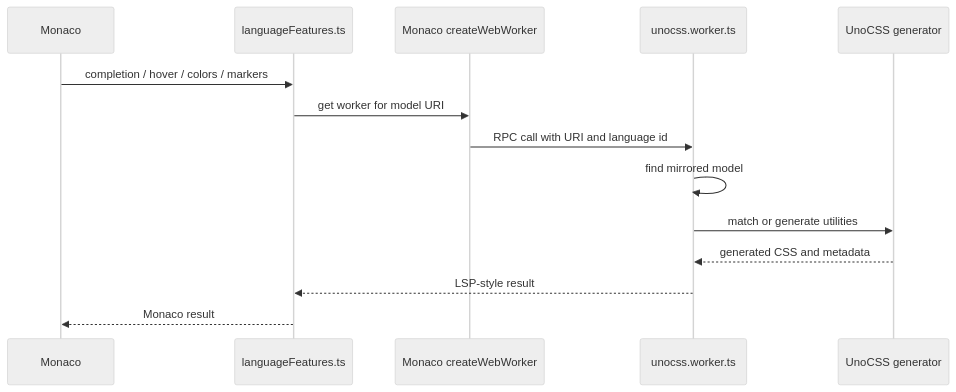
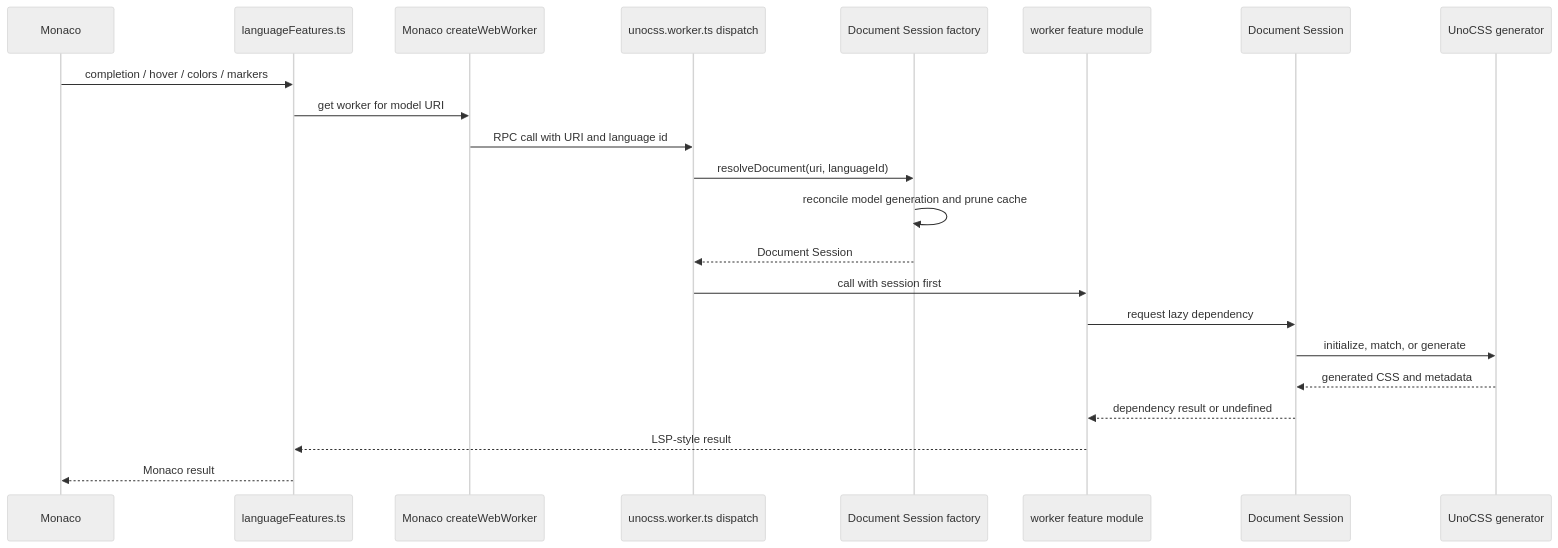
Before and after one commit to ilyaliao/monaco-unocss: the second of 2 diagrams in AGENTS.md, drawn with Mermaid (neutral theme). The commit also changed other lines of this file and 10 other files, not shown here.

Commit message:
refactor: centralize document session lifecycle

````diff
--- a/AGENTS.md
+++ b/AGENTS.md
@@ -83,17 +87,25 @@
 ```mermaid
 sequenceDiagram
   participant Monaco
   participant Adapter as languageFeatures.ts
   participant MonacoWorker as Monaco createWebWorker
-  participant Worker as unocss.worker.ts
+  participant Worker as unocss.worker.ts dispatch
+  participant Factory as Document Session factory
+  participant Feature as worker feature module
+  participant Session as Document Session
   participant Uno as UnoCSS generator
 
   Monaco->>Adapter: completion / hover / colors / markers
   Adapter->>MonacoWorker: get worker for model URI
   MonacoWorker->>Worker: RPC call with URI and language id
-  Worker->>Worker: find mirrored model
-  Worker->>Uno: match or generate utilities
-  Uno-->>Worker: generated CSS and metadata
-  Worker-->>Adapter: LSP-style result
+  Worker->>Factory: resolveDocument(uri, languageId)
+  Factory->>Factory: reconcile model generation and prune cache
+  Factory-->>Worker: Document Session
+  Worker->>Feature: call with session first
+  Feature->>Session: request lazy dependency
+  Session->>Uno: initialize, match, or generate
+  Uno-->>Session: generated CSS and metadata
+  Session-->>Feature: dependency result or undefined
+  Feature-->>Adapter: LSP-style result
   Adapter-->>Monaco: Monaco result
 ```
````
